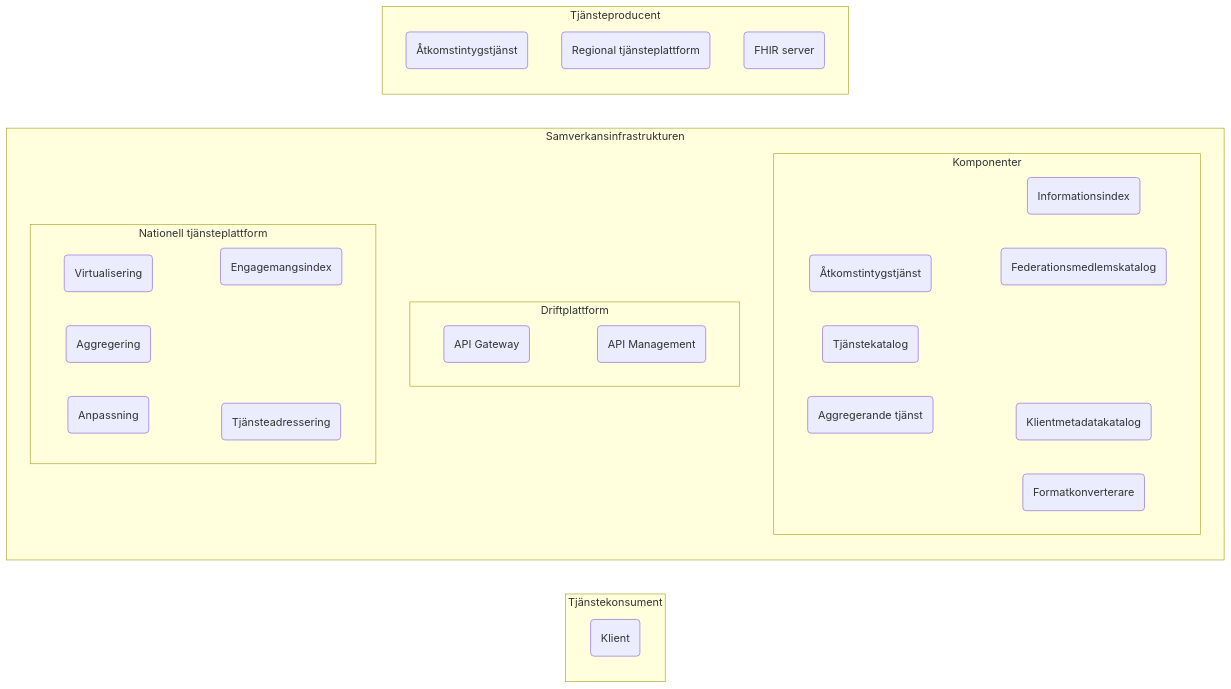
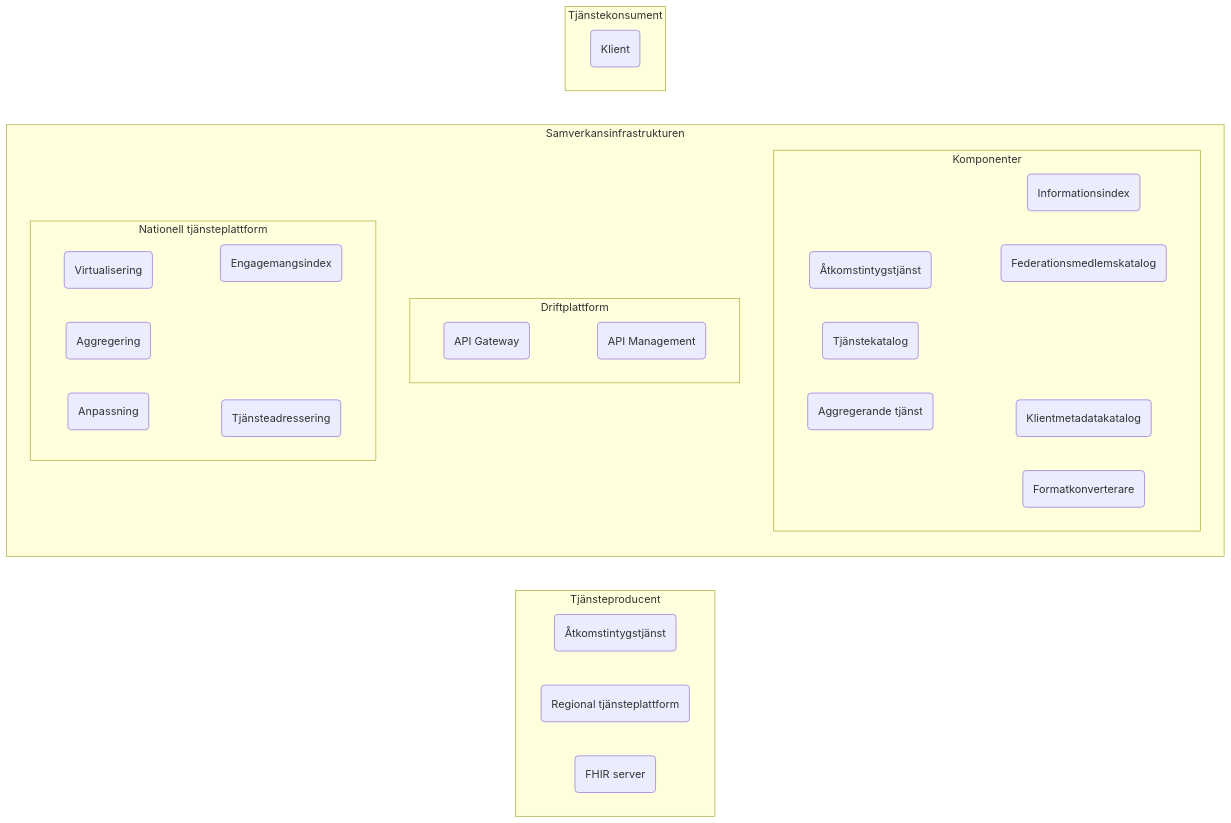
Before and after one commit to anders-malmros-inera/t2mmd: the first of 2 diagrams in T2-krav/solution.md, drawn with Mermaid.

Commit message:
Change flowchart direction from 'LR' to 'TB' in solution.md

````diff
--- a/T2-krav/solution.md
+++ b/T2-krav/solution.md
@@ -5,31 +5,31 @@
 ```mermaid
-graph LR
+graph TB
     subgraph tk[Tjänstekonsument]
         tkc(Klient)
     end
     
 
     subgraph si[Samverkansinfrastrukturen]
         direction TB
         subgraph si1[Komponenter]
             sias(Åtkomstintygstjänst) & sitk(Tjänstekatalog) & siagg(Aggregerande tjänst)
             ~~~
             siii(Informationsindex) & sifmk(Federationsmedlemskatalog) & sikk(Klientmetadatakatalog) & sifk(Formatkonverterare)
         end
         subgraph drift[Driftplattform]
             gw(API Gateway)~~~ap(API Management)
 
         end
         subgraph ntjp[Nationell tjänsteplattform]
             vp(Virtualisering) & ag(Aggregering) & anp(Anpassning)
             ~~~
             ei(Engagemangsindex) & tak(Tjänsteadressering)
         end
     end
     subgraph tp[Tjänsteproducent]
         tpas(Åtkomstintygstjänst)
         tprtp(Regional tjänsteplattform)
         tpfs(FHIR server)
     end
-
+    tk ~~~ si ~~~ tp
 ```
````
